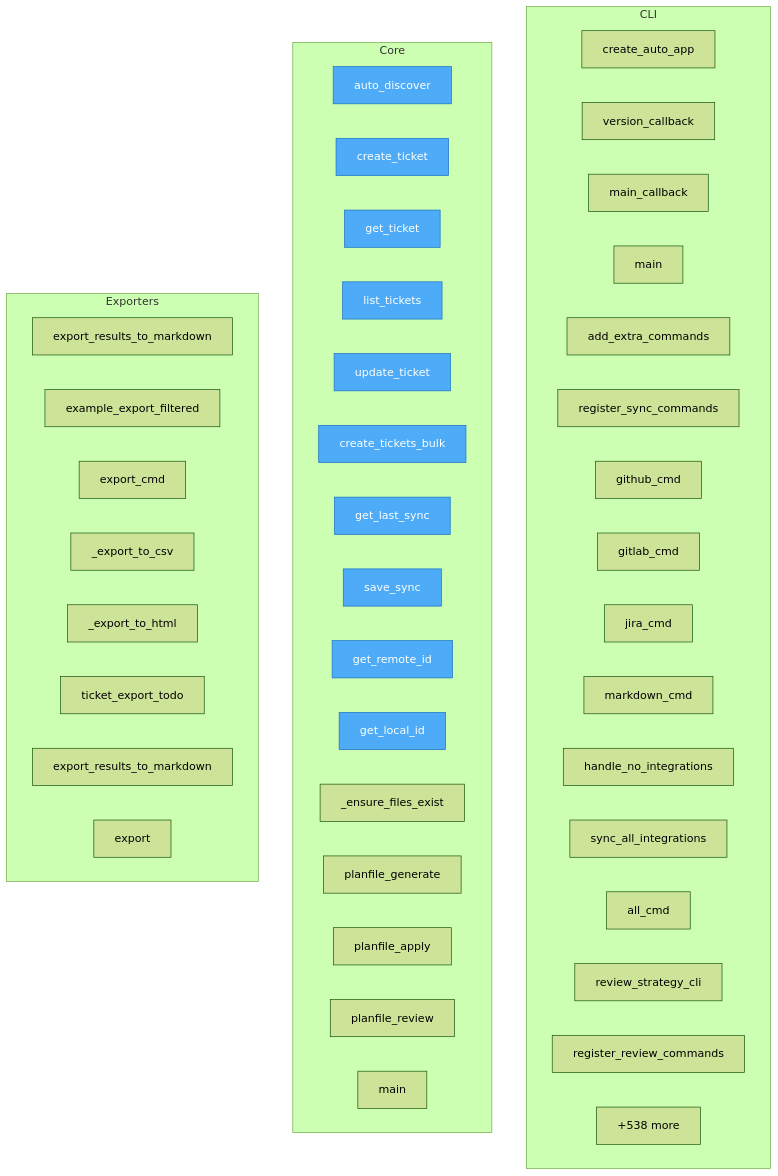
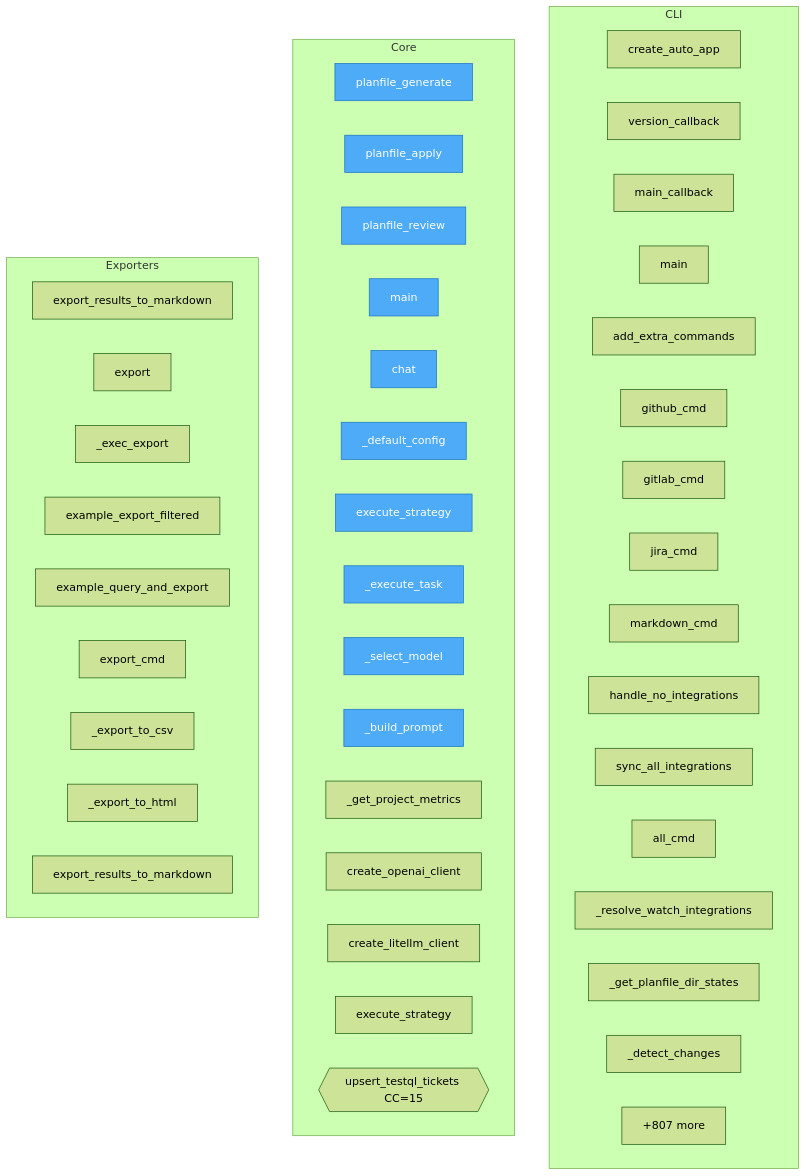
The diagram in project/flow.mmd (semcod/planfile), drawn with Mermaid (forest theme) before and after one commit. The commit also changed 55 other files, not shown here.

```diff
--- a/project/flow.mmd
+++ b/project/flow.mmd
@@ -1,55 +1,56 @@
 flowchart TD
 
     %% Entry points (blue)
     classDef entry fill:#4dabf7,stroke:#1971c2,color:#fff
 
     subgraph CLI
         planfile__cli__auto_loop__create_auto_app["create_auto_app"]
         planfile__cli__commands__version_callback["version_callback"]
         planfile__cli__commands__main_callback["main_callback"]
         planfile__cli__commands__main["main"]
         planfile__cli__extra_commands__add_extra_commands["add_extra_commands"]
-        planfile__cli__groups__sync__register_sync_commands["register_sync_commands"]
         planfile__cli__groups__sync__commands__github_cmd["github_cmd"]
         planfile__cli__groups__sync__commands__gitlab_cmd["gitlab_cmd"]
         planfile__cli__groups__sync__commands__jira_cmd["jira_cmd"]
         planfile__cli__groups__sync__commands__markdown_cmd["markdown_cmd"]
         planfile__cli__groups__sync__commands__handle_no_integrations["handle_no_integrations"]
         planfile__cli__groups__sync__commands__sync_all_integrations["sync_all_integrations"]
         planfile__cli__groups__sync__commands__all_cmd["all_cmd"]
-        planfile__cli__groups__review__commands__review_strategy_cli["review_strategy_cli"]
-        planfile__cli__groups__review__register_review_commands["register_review_commands"]
-        ...["+131 more"]
+        planfile__cli__groups__sync__commands___resolve_watch_integrations["_resolve_watch_integrations"]
+        planfile__cli__groups__sync__commands___get_planfile_dir_states["_get_planfile_dir_states"]
+        planfile__cli__groups__sync__commands___detect_changes["_detect_changes"]
+        ...["+175 more"]
     end
 
     subgraph Core
-        planfile__Planfile__auto_discover["auto_discover"]
-        planfile__Planfile__create_ticket["create_ticket"]
-        planfile__Planfile__get_ticket["get_ticket"]
-        planfile__Planfile__list_tickets["list_tickets"]
-        planfile__Planfile__update_ticket["update_ticket"]
-        planfile__Planfile__create_tickets_bulk["create_tickets_bulk"]
-        planfile__sync__state__SyncState__get_last_sync["get_last_sync"]
-        planfile__sync__state__SyncState__save_sync["save_sync"]
-        planfile__sync__state__SyncState__get_remote_id["get_remote_id"]
-        planfile__sync__state__SyncState__get_local_id["get_local_id"]
-        planfile__sync__markdown_backend__files__MarkdownFileManager___ensure_files_exist["_ensure_files_exist"]
         mcp_server_example__planfile_generate["planfile_generate"]
         mcp_server_example__planfile_apply["planfile_apply"]
         mcp_server_example__planfile_review["planfile_review"]
         mcp_server_example__main["main"]
-        ...["+538 more"]
+        planfile__executor_standalone__LLMClient__chat["chat"]
+        planfile__executor_standalone__StrategyExecutor___default_config["_default_config"]
+        planfile__executor_standalone__StrategyExecutor__execute_strategy["execute_strategy"]
+        planfile__executor_standalone__StrategyExecutor___execute_task["_execute_task"]
+        planfile__executor_standalone__StrategyExecutor___select_model["_select_model"]
+        planfile__executor_standalone__StrategyExecutor___build_prompt["_build_prompt"]
+        planfile__executor_standalone__StrategyExecutor___get_project_metrics["_get_project_metrics"]
+        planfile__executor_standalone__create_openai_client["create_openai_client"]
+        planfile__executor_standalone__create_litellm_client["create_litellm_client"]
+        planfile__executor_standalone__execute_strategy["execute_strategy"]
+        planfile__testql_integration__upsert_testql_tickets{{upsert_testql_tickets CC=15}}
+        ...["+807 more"]
     end
 
     subgraph Exporters
         planfile__loaders__cli_loader__export_results_to_markdown["export_results_to_markdown"]
+        planfile__core__models__strategy__Strategy__export["export"]
+        planfile__dsl__executor__DSLExecutor___exec_export["_exec_export"]
         project__map__toon__example_export_filtered["example_export_filtered"]
+        project__map__toon__example_query_and_export["example_query_and_export"]
         project__map__toon__export_cmd["export_cmd"]
         project__map__toon___export_to_csv["_export_to_csv"]
         project__map__toon___export_to_html["_export_to_html"]
-        project__map__toon__ticket_export_todo["ticket_export_todo"]
         project__map__toon__export_results_to_markdown["export_results_to_markdown"]
-        planfile__core__models__strategy__Strategy__export["export"]
     end
 
-    class planfile__Planfile__auto_discover,planfile__Planfile__create_ticket,planfile__Planfile__get_ticket,planfile__Planfile__list_tickets,planfile__Planfile__update_ticket,planfile__Planfile__create_tickets_bulk,planfile__sync__state__SyncState__get_last_sync,planfile__sync__state__SyncState__save_sync,planfile__sync__state__SyncState__get_remote_id,planfile__sync__state__SyncState__get_local_id entry
+    class mcp_server_example__planfile_generate,mcp_server_example__planfile_apply,mcp_server_example__planfile_review,mcp_server_example__main,planfile__executor_standalone__LLMClient__chat,planfile__executor_standalone__StrategyExecutor___default_config,planfile__executor_standalone__StrategyExecutor__execute_strategy,planfile__executor_standalone__StrategyExecutor___execute_task,planfile__executor_standalone__StrategyExecutor___select_model,planfile__executor_standalone__StrategyExecutor___build_prompt entry
```
